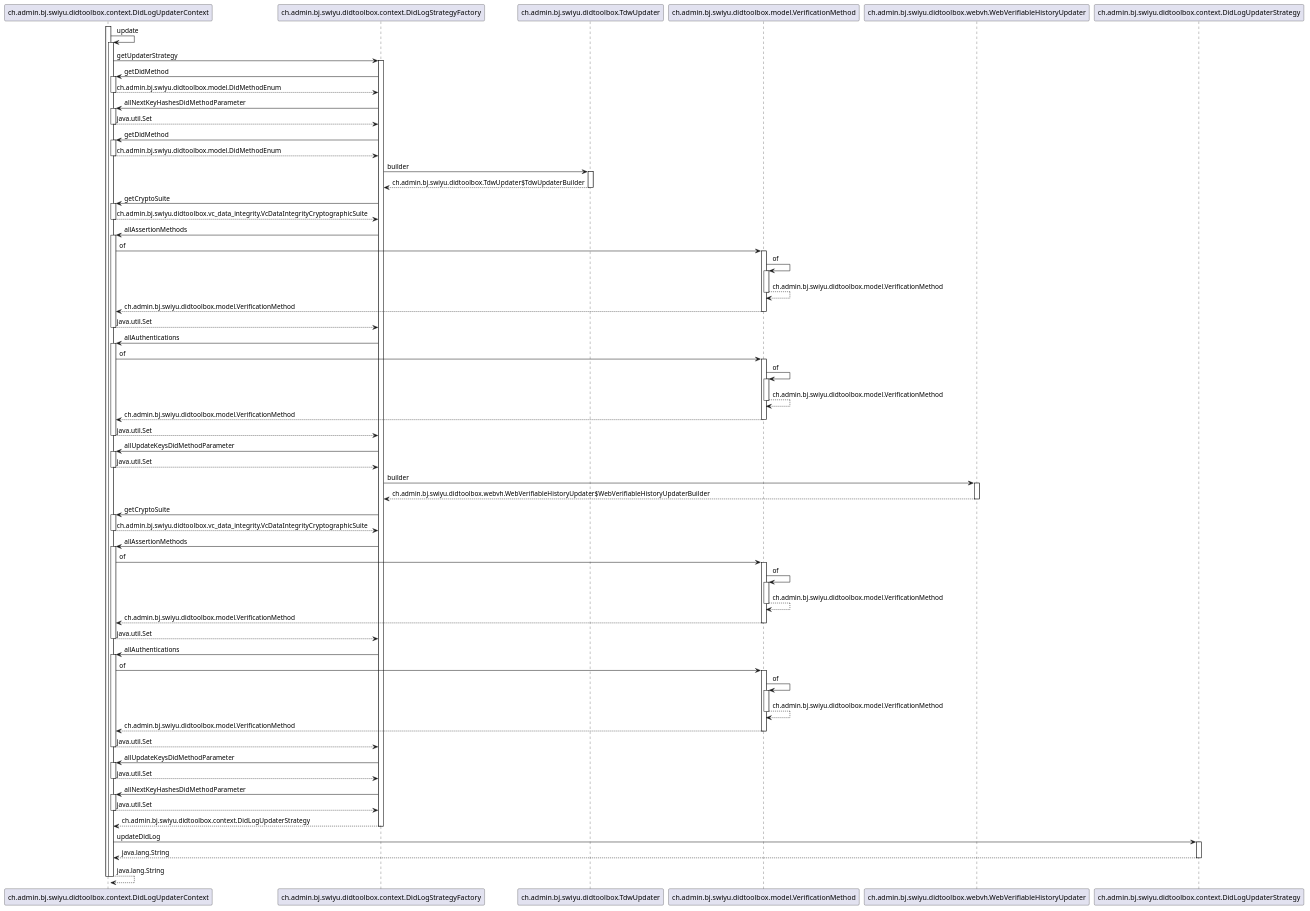
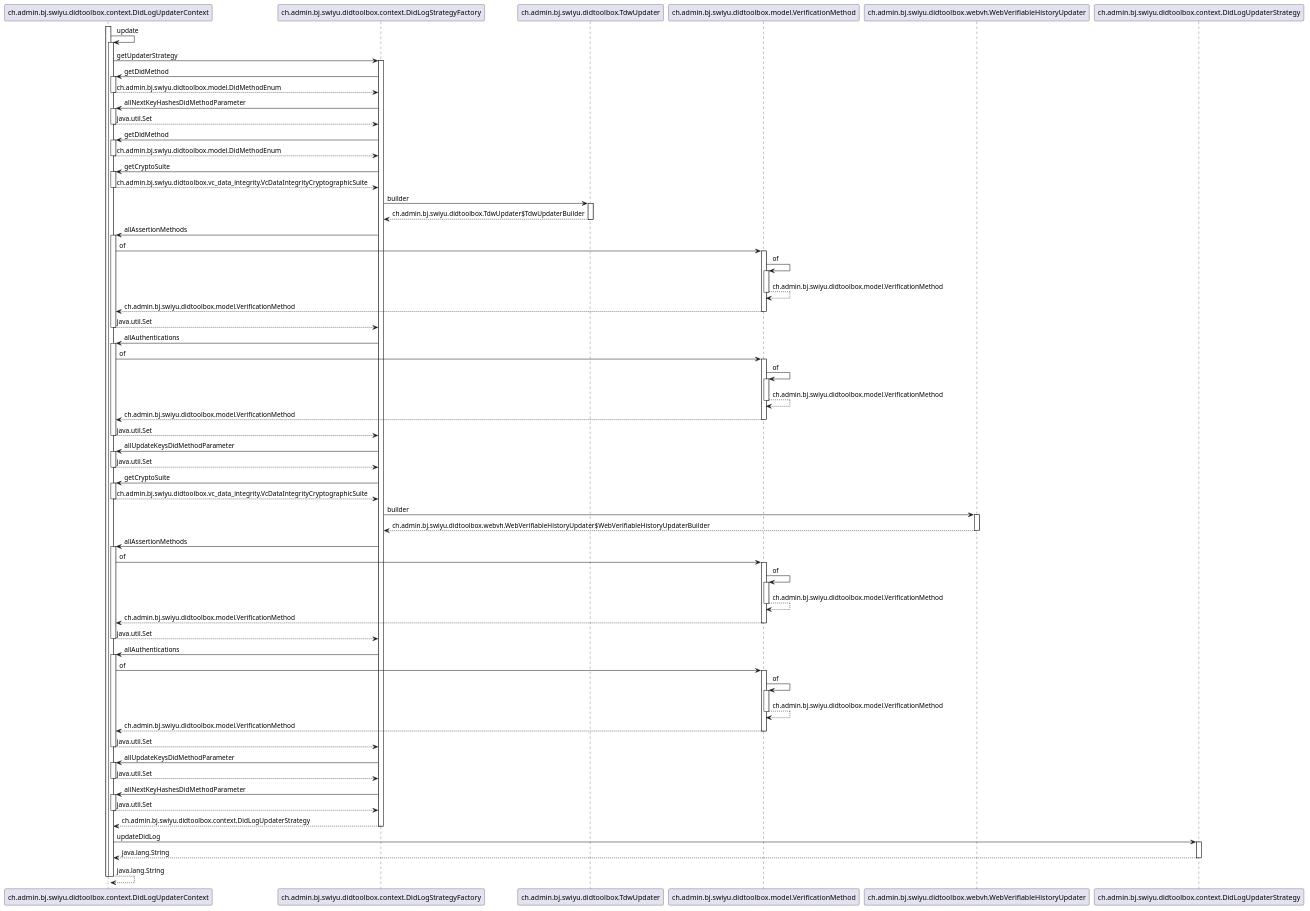
Before and after one commit to swiyu-admin-ch/didtoolbox-java: the diagram in src/main/plantuml/DidLogUpdaterContext-update.puml, drawn with PlantUML. The commit also changed other lines of this file and 11 other files, not shown here.

```diff
--- a/src/main/plantuml/DidLogUpdaterContext-update.puml
+++ b/src/main/plantuml/DidLogUpdaterContext-update.puml
@@ -2,113 +2,113 @@
 @startuml
 
 participant ch.admin.bj.swiyu.didtoolbox.context.DidLogUpdaterContext
 participant ch.admin.bj.swiyu.didtoolbox.context.DidLogStrategyFactory
 participant ch.admin.bj.swiyu.didtoolbox.TdwUpdater
 participant ch.admin.bj.swiyu.didtoolbox.model.VerificationMethod
 participant ch.admin.bj.swiyu.didtoolbox.webvh.WebVerifiableHistoryUpdater
 participant ch.admin.bj.swiyu.didtoolbox.context.DidLogUpdaterStrategy
 
 activate ch.admin.bj.swiyu.didtoolbox.context.DidLogUpdaterContext
 	ch.admin.bj.swiyu.didtoolbox.context.DidLogUpdaterContext -> ch.admin.bj.swiyu.didtoolbox.context.DidLogUpdaterContext : update
 	activate ch.admin.bj.swiyu.didtoolbox.context.DidLogUpdaterContext
 		ch.admin.bj.swiyu.didtoolbox.context.DidLogUpdaterContext -> ch.admin.bj.swiyu.didtoolbox.context.DidLogStrategyFactory : getUpdaterStrategy
 		activate ch.admin.bj.swiyu.didtoolbox.context.DidLogStrategyFactory
 			ch.admin.bj.swiyu.didtoolbox.context.DidLogStrategyFactory -> ch.admin.bj.swiyu.didtoolbox.context.DidLogUpdaterContext : getDidMethod
 			activate ch.admin.bj.swiyu.didtoolbox.context.DidLogUpdaterContext
 				ch.admin.bj.swiyu.didtoolbox.context.DidLogUpdaterContext --> ch.admin.bj.swiyu.didtoolbox.context.DidLogStrategyFactory : ch.admin.bj.swiyu.didtoolbox.model.DidMethodEnum
 			deactivate ch.admin.bj.swiyu.didtoolbox.context.DidLogUpdaterContext
 			ch.admin.bj.swiyu.didtoolbox.context.DidLogStrategyFactory -> ch.admin.bj.swiyu.didtoolbox.context.DidLogUpdaterContext : allNextKeyHashesDidMethodParameter
 			activate ch.admin.bj.swiyu.didtoolbox.context.DidLogUpdaterContext
 				ch.admin.bj.swiyu.didtoolbox.context.DidLogUpdaterContext --> ch.admin.bj.swiyu.didtoolbox.context.DidLogStrategyFactory : java.util.Set
 			deactivate ch.admin.bj.swiyu.didtoolbox.context.DidLogUpdaterContext
 			ch.admin.bj.swiyu.didtoolbox.context.DidLogStrategyFactory -> ch.admin.bj.swiyu.didtoolbox.context.DidLogUpdaterContext : getDidMethod
 			activate ch.admin.bj.swiyu.didtoolbox.context.DidLogUpdaterContext
 				ch.admin.bj.swiyu.didtoolbox.context.DidLogUpdaterContext --> ch.admin.bj.swiyu.didtoolbox.context.DidLogStrategyFactory : ch.admin.bj.swiyu.didtoolbox.model.DidMethodEnum
 			deactivate ch.admin.bj.swiyu.didtoolbox.context.DidLogUpdaterContext
+			ch.admin.bj.swiyu.didtoolbox.context.DidLogStrategyFactory -> ch.admin.bj.swiyu.didtoolbox.context.DidLogUpdaterContext : getCryptoSuite
+			activate ch.admin.bj.swiyu.didtoolbox.context.DidLogUpdaterContext
+				ch.admin.bj.swiyu.didtoolbox.context.DidLogUpdaterContext --> ch.admin.bj.swiyu.didtoolbox.context.DidLogStrategyFactory : ch.admin.bj.swiyu.didtoolbox.vc_data_integrity.VcDataIntegrityCryptographicSuite
+			deactivate ch.admin.bj.swiyu.didtoolbox.context.DidLogUpdaterContext
 			ch.admin.bj.swiyu.didtoolbox.context.DidLogStrategyFactory -> ch.admin.bj.swiyu.didtoolbox.TdwUpdater : builder
 			activate ch.admin.bj.swiyu.didtoolbox.TdwUpdater
 				ch.admin.bj.swiyu.didtoolbox.TdwUpdater --> ch.admin.bj.swiyu.didtoolbox.context.DidLogStrategyFactory : ch.admin.bj.swiyu.didtoolbox.TdwUpdater$TdwUpdaterBuilder
 			deactivate ch.admin.bj.swiyu.didtoolbox.TdwUpdater
-			ch.admin.bj.swiyu.didtoolbox.context.DidLogStrategyFactory -> ch.admin.bj.swiyu.didtoolbox.context.DidLogUpdaterContext : getCryptoSuite
-			activate ch.admin.bj.swiyu.didtoolbox.context.DidLogUpdaterContext
-				ch.admin.bj.swiyu.didtoolbox.context.DidLogUpdaterContext --> ch.admin.bj.swiyu.didtoolbox.context.DidLogStrategyFactory : ch.admin.bj.swiyu.didtoolbox.vc_data_integrity.VcDataIntegrityCryptographicSuite
-			deactivate ch.admin.bj.swiyu.didtoolbox.context.DidLogUpdaterContext
 			ch.admin.bj.swiyu.didtoolbox.context.DidLogStrategyFactory -> ch.admin.bj.swiyu.didtoolbox.context.DidLogUpdaterContext : allAssertionMethods
 			activate ch.admin.bj.swiyu.didtoolbox.context.DidLogUpdaterContext
 				ch.admin.bj.swiyu.didtoolbox.context.DidLogUpdaterContext -> ch.admin.bj.swiyu.didtoolbox.model.VerificationMethod : of
 				activate ch.admin.bj.swiyu.didtoolbox.model.VerificationMethod
 					ch.admin.bj.swiyu.didtoolbox.model.VerificationMethod -> ch.admin.bj.swiyu.didtoolbox.model.VerificationMethod : of
 					activate ch.admin.bj.swiyu.didtoolbox.model.VerificationMethod
 						ch.admin.bj.swiyu.didtoolbox.model.VerificationMethod --> ch.admin.bj.swiyu.didtoolbox.model.VerificationMethod : ch.admin.bj.swiyu.didtoolbox.model.VerificationMethod
 					deactivate ch.admin.bj.swiyu.didtoolbox.model.VerificationMethod
 					ch.admin.bj.swiyu.didtoolbox.model.VerificationMethod --> ch.admin.bj.swiyu.didtoolbox.context.DidLogUpdaterContext : ch.admin.bj.swiyu.didtoolbox.model.VerificationMethod
 				deactivate ch.admin.bj.swiyu.didtoolbox.model.VerificationMethod
 				ch.admin.bj.swiyu.didtoolbox.context.DidLogUpdaterContext --> ch.admin.bj.swiyu.didtoolbox.context.DidLogStrategyFactory : java.util.Set
 			deactivate ch.admin.bj.swiyu.didtoolbox.context.DidLogUpdaterContext
 			ch.admin.bj.swiyu.didtoolbox.context.DidLogStrategyFactory -> ch.admin.bj.swiyu.didtoolbox.context.DidLogUpdaterContext : allAuthentications
 			activate ch.admin.bj.swiyu.didtoolbox.context.DidLogUpdaterContext
 				ch.admin.bj.swiyu.didtoolbox.context.DidLogUpdaterContext -> ch.admin.bj.swiyu.didtoolbox.model.VerificationMethod : of
 				activate ch.admin.bj.swiyu.didtoolbox.model.VerificationMethod
 					ch.admin.bj.swiyu.didtoolbox.model.VerificationMethod -> ch.admin.bj.swiyu.didtoolbox.model.VerificationMethod : of
 					activate ch.admin.bj.swiyu.didtoolbox.model.VerificationMethod
 						ch.admin.bj.swiyu.didtoolbox.model.VerificationMethod --> ch.admin.bj.swiyu.didtoolbox.model.VerificationMethod : ch.admin.bj.swiyu.didtoolbox.model.VerificationMethod
 					deactivate ch.admin.bj.swiyu.didtoolbox.model.VerificationMethod
 					ch.admin.bj.swiyu.didtoolbox.model.VerificationMethod --> ch.admin.bj.swiyu.didtoolbox.context.DidLogUpdaterContext : ch.admin.bj.swiyu.didtoolbox.model.VerificationMethod
 				deactivate ch.admin.bj.swiyu.didtoolbox.model.VerificationMethod
 				ch.admin.bj.swiyu.didtoolbox.context.DidLogUpdaterContext --> ch.admin.bj.swiyu.didtoolbox.context.DidLogStrategyFactory : java.util.Set
 			deactivate ch.admin.bj.swiyu.didtoolbox.context.DidLogUpdaterContext
 			ch.admin.bj.swiyu.didtoolbox.context.DidLogStrategyFactory -> ch.admin.bj.swiyu.didtoolbox.context.DidLogUpdaterContext : allUpdateKeysDidMethodParameter
 			activate ch.admin.bj.swiyu.didtoolbox.context.DidLogUpdaterContext
 				ch.admin.bj.swiyu.didtoolbox.context.DidLogUpdaterContext --> ch.admin.bj.swiyu.didtoolbox.context.DidLogStrategyFactory : java.util.Set
 			deactivate ch.admin.bj.swiyu.didtoolbox.context.DidLogUpdaterContext
+			ch.admin.bj.swiyu.didtoolbox.context.DidLogStrategyFactory -> ch.admin.bj.swiyu.didtoolbox.context.DidLogUpdaterContext : getCryptoSuite
+			activate ch.admin.bj.swiyu.didtoolbox.context.DidLogUpdaterContext
+				ch.admin.bj.swiyu.didtoolbox.context.DidLogUpdaterContext --> ch.admin.bj.swiyu.didtoolbox.context.DidLogStrategyFactory : ch.admin.bj.swiyu.didtoolbox.vc_data_integrity.VcDataIntegrityCryptographicSuite
+			deactivate ch.admin.bj.swiyu.didtoolbox.context.DidLogUpdaterContext
 			ch.admin.bj.swiyu.didtoolbox.context.DidLogStrategyFactory -> ch.admin.bj.swiyu.didtoolbox.webvh.WebVerifiableHistoryUpdater : builder
 			activate ch.admin.bj.swiyu.didtoolbox.webvh.WebVerifiableHistoryUpdater
 				ch.admin.bj.swiyu.didtoolbox.webvh.WebVerifiableHistoryUpdater --> ch.admin.bj.swiyu.didtoolbox.context.DidLogStrategyFactory : ch.admin.bj.swiyu.didtoolbox.webvh.WebVerifiableHistoryUpdater$WebVerifiableHistoryUpdaterBuilder
 			deactivate ch.admin.bj.swiyu.didtoolbox.webvh.WebVerifiableHistoryUpdater
-			ch.admin.bj.swiyu.didtoolbox.context.DidLogStrategyFactory -> ch.admin.bj.swiyu.didtoolbox.context.DidLogUpdaterContext : getCryptoSuite
-			activate ch.admin.bj.swiyu.didtoolbox.context.DidLogUpdaterContext
-				ch.admin.bj.swiyu.didtoolbox.context.DidLogUpdaterContext --> ch.admin.bj.swiyu.didtoolbox.context.DidLogStrategyFactory : ch.admin.bj.swiyu.didtoolbox.vc_data_integrity.VcDataIntegrityCryptographicSuite
-			deactivate ch.admin.bj.swiyu.didtoolbox.context.DidLogUpdaterContext
 			ch.admin.bj.swiyu.didtoolbox.context.DidLogStrategyFactory -> ch.admin.bj.swiyu.didtoolbox.context.DidLogUpdaterContext : allAssertionMethods
 			activate ch.admin.bj.swiyu.didtoolbox.context.DidLogUpdaterContext
 				ch.admin.bj.swiyu.didtoolbox.context.DidLogUpdaterContext -> ch.admin.bj.swiyu.didtoolbox.model.VerificationMethod : of
 				activate ch.admin.bj.swiyu.didtoolbox.model.VerificationMethod
 					ch.admin.bj.swiyu.didtoolbox.model.VerificationMethod -> ch.admin.bj.swiyu.didtoolbox.model.VerificationMethod : of
 					activate ch.admin.bj.swiyu.didtoolbox.model.VerificationMethod
 						ch.admin.bj.swiyu.didtoolbox.model.VerificationMethod --> ch.admin.bj.swiyu.didtoolbox.model.VerificationMethod : ch.admin.bj.swiyu.didtoolbox.model.VerificationMethod
 					deactivate ch.admin.bj.swiyu.didtoolbox.model.VerificationMethod
 					ch.admin.bj.swiyu.didtoolbox.model.VerificationMethod --> ch.admin.bj.swiyu.didtoolbox.context.DidLogUpdaterContext : ch.admin.bj.swiyu.didtoolbox.model.VerificationMethod
 				deactivate ch.admin.bj.swiyu.didtoolbox.model.VerificationMethod
 				ch.admin.bj.swiyu.didtoolbox.context.DidLogUpdaterContext --> ch.admin.bj.swiyu.didtoolbox.context.DidLogStrategyFactory : java.util.Set
 			deactivate ch.admin.bj.swiyu.didtoolbox.context.DidLogUpdaterContext
 			ch.admin.bj.swiyu.didtoolbox.context.DidLogStrategyFactory -> ch.admin.bj.swiyu.didtoolbox.context.DidLogUpdaterContext : allAuthentications
 			activate ch.admin.bj.swiyu.didtoolbox.context.DidLogUpdaterContext
 				ch.admin.bj.swiyu.didtoolbox.context.DidLogUpdaterContext -> ch.admin.bj.swiyu.didtoolbox.model.VerificationMethod : of
 				activate ch.admin.bj.swiyu.didtoolbox.model.VerificationMethod
 					ch.admin.bj.swiyu.didtoolbox.model.VerificationMethod -> ch.admin.bj.swiyu.didtoolbox.model.VerificationMethod : of
 					activate ch.admin.bj.swiyu.didtoolbox.model.VerificationMethod
 						ch.admin.bj.swiyu.didtoolbox.model.VerificationMethod --> ch.admin.bj.swiyu.didtoolbox.model.VerificationMethod : ch.admin.bj.swiyu.didtoolbox.model.VerificationMethod
 					deactivate ch.admin.bj.swiyu.didtoolbox.model.VerificationMethod
 					ch.admin.bj.swiyu.didtoolbox.model.VerificationMethod --> ch.admin.bj.swiyu.didtoolbox.context.DidLogUpdaterContext : ch.admin.bj.swiyu.didtoolbox.model.VerificationMethod
 				deactivate ch.admin.bj.swiyu.didtoolbox.model.VerificationMethod
 				ch.admin.bj.swiyu.didtoolbox.context.DidLogUpdaterContext --> ch.admin.bj.swiyu.didtoolbox.context.DidLogStrategyFactory : java.util.Set
 			deactivate ch.admin.bj.swiyu.didtoolbox.context.DidLogUpdaterContext
 			ch.admin.bj.swiyu.didtoolbox.context.DidLogStrategyFactory -> ch.admin.bj.swiyu.didtoolbox.context.DidLogUpdaterContext : allUpdateKeysDidMethodParameter
 			activate ch.admin.bj.swiyu.didtoolbox.context.DidLogUpdaterContext
 				ch.admin.bj.swiyu.didtoolbox.context.DidLogUpdaterContext --> ch.admin.bj.swiyu.didtoolbox.context.DidLogStrategyFactory : java.util.Set
 			deactivate ch.admin.bj.swiyu.didtoolbox.context.DidLogUpdaterContext
 			ch.admin.bj.swiyu.didtoolbox.context.DidLogStrategyFactory -> ch.admin.bj.swiyu.didtoolbox.context.DidLogUpdaterContext : allNextKeyHashesDidMethodParameter
 			activate ch.admin.bj.swiyu.didtoolbox.context.DidLogUpdaterContext
 				ch.admin.bj.swiyu.didtoolbox.context.DidLogUpdaterContext --> ch.admin.bj.swiyu.didtoolbox.context.DidLogStrategyFactory : java.util.Set
 			deactivate ch.admin.bj.swiyu.didtoolbox.context.DidLogUpdaterContext
 			ch.admin.bj.swiyu.didtoolbox.context.DidLogStrategyFactory --> ch.admin.bj.swiyu.didtoolbox.context.DidLogUpdaterContext : ch.admin.bj.swiyu.didtoolbox.context.DidLogUpdaterStrategy
 		deactivate ch.admin.bj.swiyu.didtoolbox.context.DidLogStrategyFactory
 		ch.admin.bj.swiyu.didtoolbox.context.DidLogUpdaterContext -> ch.admin.bj.swiyu.didtoolbox.context.DidLogUpdaterStrategy : updateDidLog
 		activate ch.admin.bj.swiyu.didtoolbox.context.DidLogUpdaterStrategy
 			ch.admin.bj.swiyu.didtoolbox.context.DidLogUpdaterStrategy --> ch.admin.bj.swiyu.didtoolbox.context.DidLogUpdaterContext : java.lang.String
 		deactivate ch.admin.bj.swiyu.didtoolbox.context.DidLogUpdaterStrategy
 		ch.admin.bj.swiyu.didtoolbox.context.DidLogUpdaterContext --> ch.admin.bj.swiyu.didtoolbox.context.DidLogUpdaterContext : java.lang.String
 	deactivate ch.admin.bj.swiyu.didtoolbox.context.DidLogUpdaterContext
 deactivate ch.admin.bj.swiyu.didtoolbox.context.DidLogUpdaterContext
 
 @enduml
```
